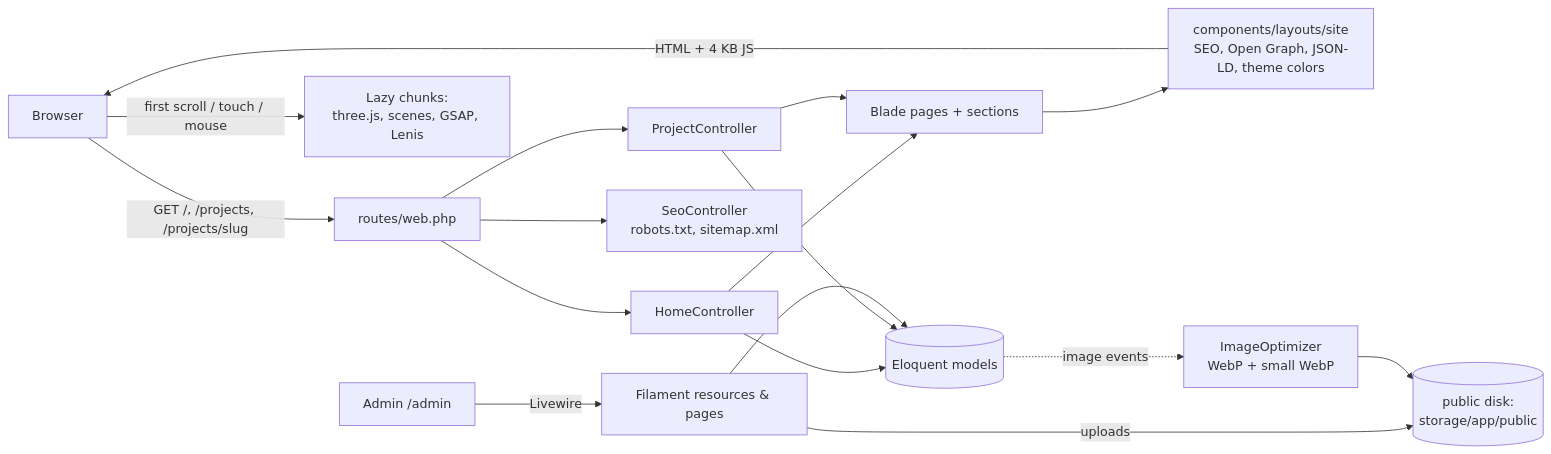
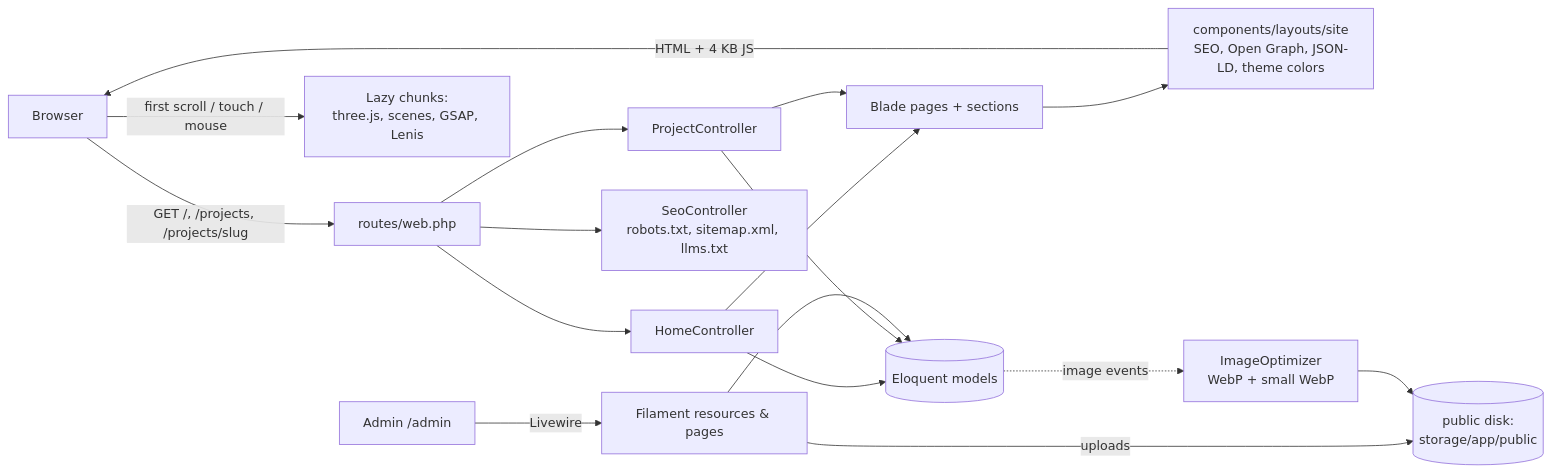
One commit to NoviIndraF/portfolio-web changed the diagram in docs/technical/01-architecture.md. Above: the diagram before and after it, drawn with Mermaid. The commit also changed 25 other files, not shown here.

````diff
--- a/docs/technical/01-architecture.md
+++ b/docs/technical/01-architecture.md
@@ -27,17 +27,17 @@
 ```mermaid
 flowchart LR
     B[Browser] -->|GET /, /projects, /projects/slug| R[routes/web.php]
     R --> HC[HomeController]
     R --> PC[ProjectController]
-    R --> SC[SeoController<br/>robots.txt, sitemap.xml]
+    R --> SC[SeoController<br/>robots.txt, sitemap.xml, llms.txt]
     HC & PC --> M[(Eloquent models)]
     HC & PC --> V[Blade pages + sections]
     V --> L[components/layouts/site<br/>SEO, Open Graph, JSON-LD, theme colors]
     L -->|HTML + 4 KB JS| B
     B -->|first scroll / touch / mouse| JS[Lazy chunks:<br/>three.js, scenes, GSAP, Lenis]
     A[Admin /admin] -->|Livewire| F[Filament resources & pages]
     F --> M
     F -->|uploads| D[(public disk:<br/>storage/app/public)]
     M -. image events .-> IO[ImageOptimizer<br/>WebP + small WebP]
     IO --> D
 ```
````
